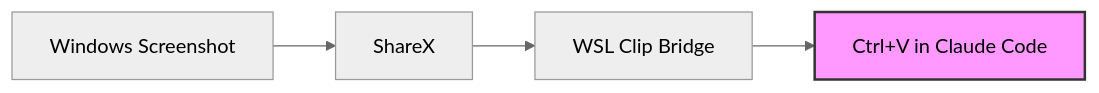
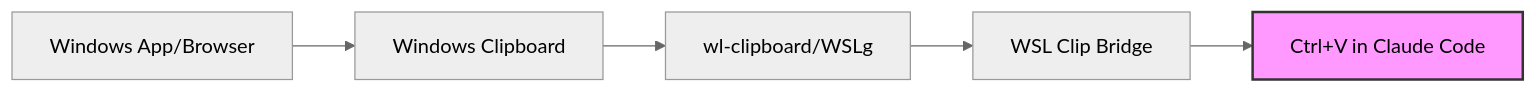
Before and after one commit to BarrerosLeo/wsl-clip-bridge: the diagram in README.md, drawn with Mermaid (neutral theme). The commit also changed other lines of this file and 4 other files, not shown here.

First line of the commit message:
feat: add wl-clipboard integration for direct Windows clipboard support

````diff
--- a/README.md
+++ b/README.md
@@ -205,7 +219,8 @@
 ```mermaid
 graph LR
-    A[Windows Screenshot] --> B[ShareX]
-    B --> C[WSL Clip Bridge]
-    C --> D[Ctrl+V in Claude Code]
-    style D fill:#f9f,stroke:#333,stroke-width:2px
+    A[Windows App/Browser] --> B[Windows Clipboard]
+    B --> C[wl-clipboard/WSLg]
+    C --> D[WSL Clip Bridge]
+    D --> E[Ctrl+V in Claude Code]
+    style E fill:#f9f,stroke:#333,stroke-width:2px
 ```
````
